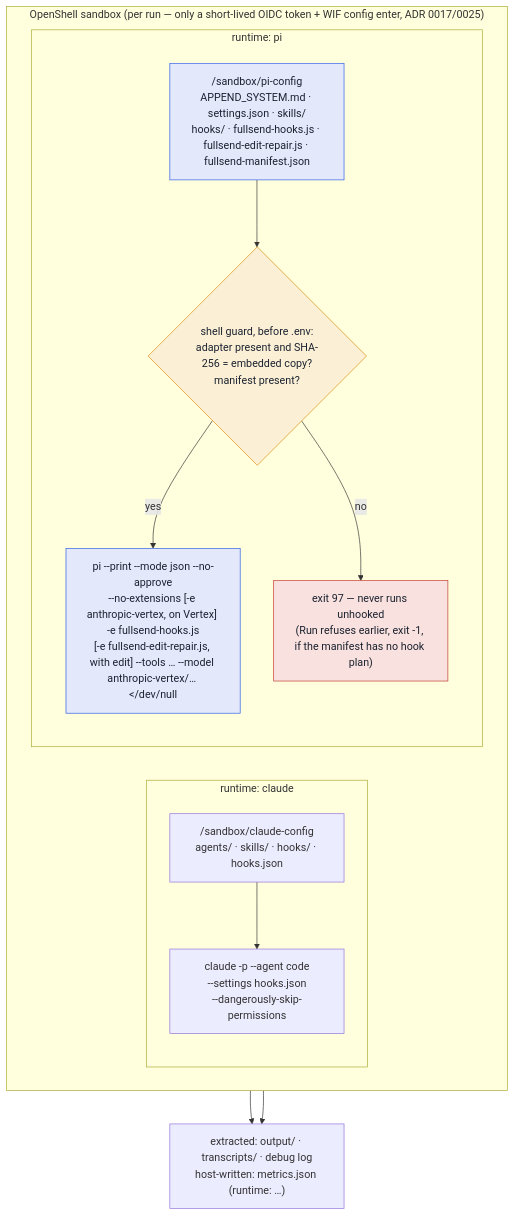
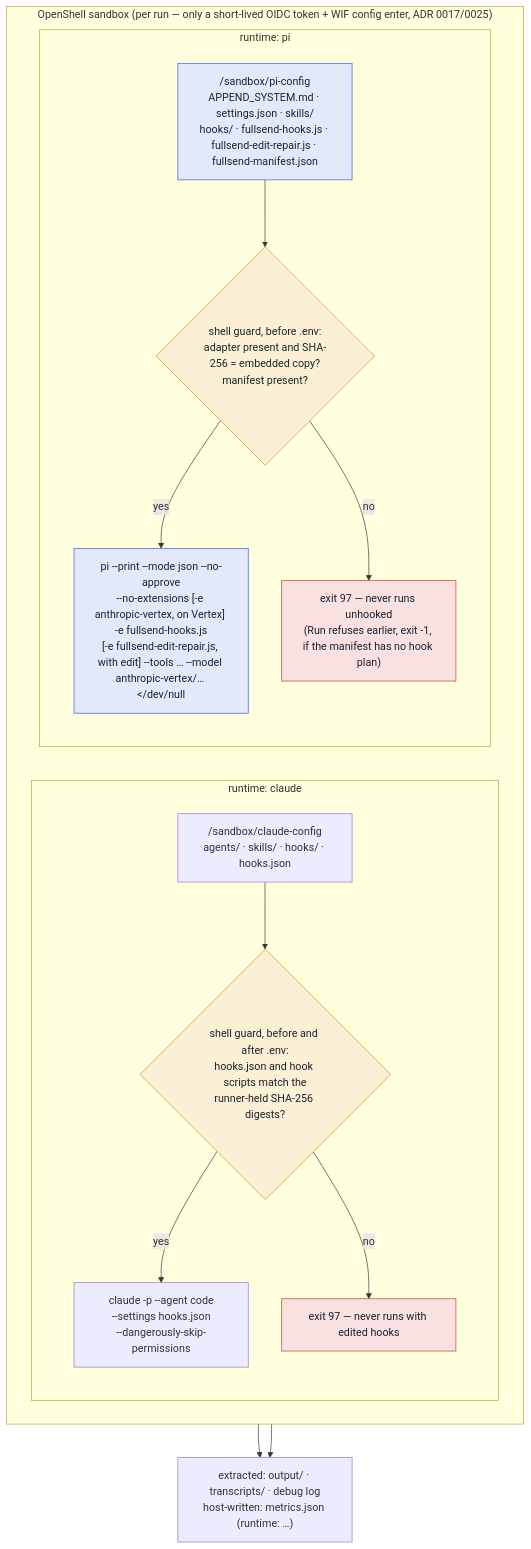
The second of 2 diagrams in docs/architecture.md (fullsend-ai/fullsend), drawn with Mermaid before and after one commit. The commit also changed other lines of this file and 4 other files, not shown here.

````diff
--- a/docs/architecture.md
+++ b/docs/architecture.md
@@ -953,31 +953,35 @@
 ```mermaid
 flowchart TB
   subgraph SB["OpenShell sandbox (per run — only a short-lived OIDC token + WIF config enter, ADR 0017/0025)"]
     direction LR
     subgraph CL["runtime: claude"]
       direction TB
       C1["/sandbox/claude-config\nagents/ · skills/ · hooks/ · hooks.json"]
+      C0{"shell guard, before and after .env:\nhooks.json and hook scripts match the\nrunner-held SHA-256 digests?"}
       C2["claude -p --agent code\n--settings hooks.json\n--dangerously-skip-permissions"]
-      C1 --> C2
+      CX["exit 97 — never runs with edited hooks"]
+      C1 --> C0
+      C0 -- yes --> C2
+      C0 -- no --> CX
     end
     subgraph PL["runtime: pi"]
       direction TB
       P1["/sandbox/pi-config\nAPPEND_SYSTEM.md · settings.json · skills/\nhooks/ · fullsend-hooks.js · fullsend-edit-repair.js · fullsend-manifest.json"]
       P0{"shell guard, before .env:\nadapter present and SHA-256 = embedded copy?\nmanifest present?"}
       P2["pi --print --mode json --no-approve\n--no-extensions [-e anthropic-vertex, on Vertex] -e fullsend-hooks.js\n[-e fullsend-edit-repair.js, with edit] --tools … --model anthropic-vertex/… #lt;/dev/null"]
       PX["exit 97 — never runs unhooked\n(Run refuses earlier, exit -1, if the manifest has no hook plan)"]
       P1 --> P0
       P0 -- yes --> P2
       P0 -- no --> PX
     end
   end
   OUT["extracted: output/ · transcripts/ · debug log\nhost-written: metrics.json (runtime: …)"]
   C2 --> OUT
   P2 --> OUT
   classDef guard fill:#fbf0d6,stroke:#d98e04,color:#1b2230;
   classDef bad fill:#f8e1de,stroke:#c0392b,color:#1b2230;
   classDef opt fill:#e3e9fb,stroke:#2d5be3,color:#1b2230;
-  class P0 guard;
-  class PX bad;
+  class C0,P0 guard;
+  class CX,PX bad;
   class P1,P2 opt;
 ```
````
